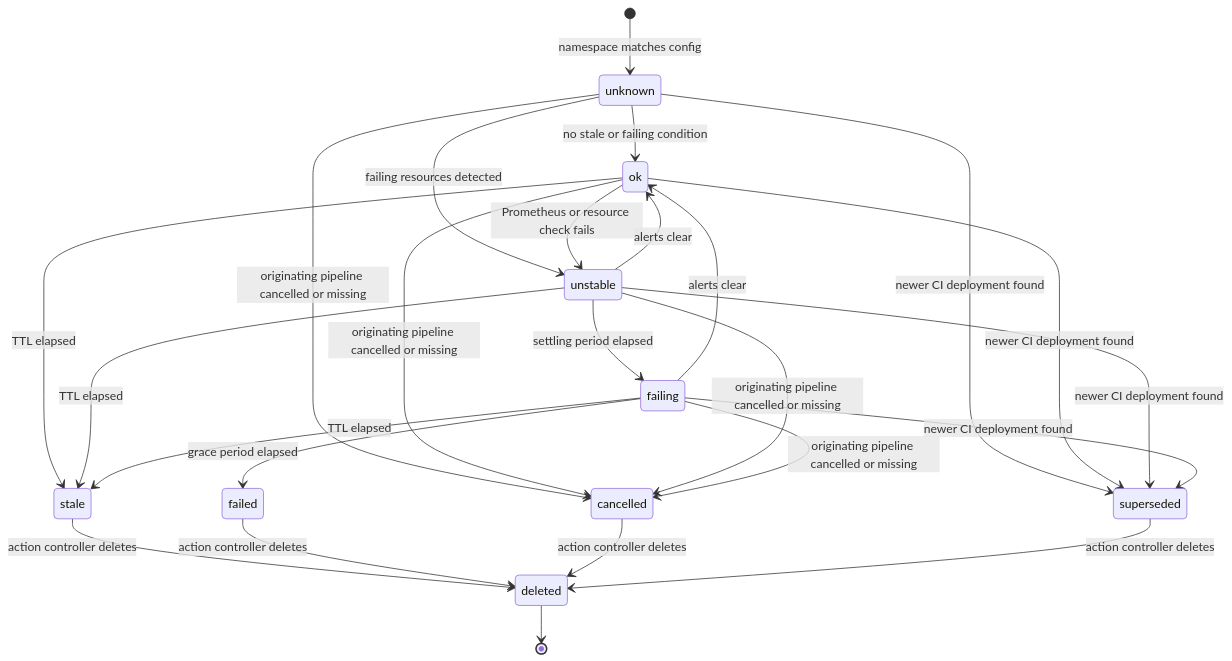
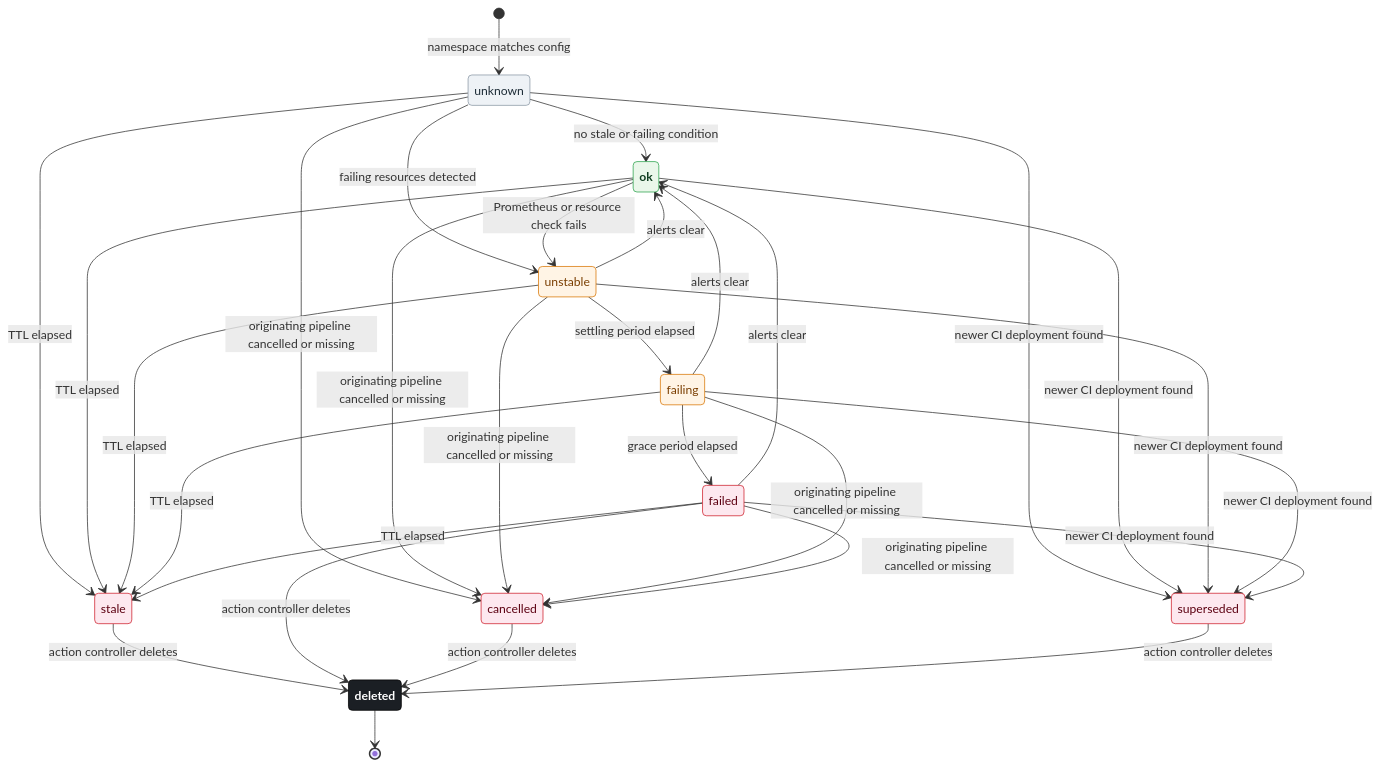
The second of 2 diagrams in README.md (ska-telescope/ska-namespace-manager), drawn with Mermaid before and after one commit. The commit also changed other lines of this file, not shown here.

````diff
--- a/README.md
+++ b/README.md
@@ -73,31 +85,51 @@
 ```mermaid
 stateDiagram-v2
+    direction TB
     [*] --> unknown: namespace matches config
+
     unknown --> ok: no stale or failing condition
     unknown --> unstable: failing resources detected
+    unknown --> stale: TTL elapsed
     unknown --> cancelled: originating pipeline cancelled or missing
     unknown --> superseded: newer CI deployment found
 
     ok --> unstable: Prometheus or resource check fails
     ok --> stale: TTL elapsed
     ok --> cancelled: originating pipeline cancelled or missing
     ok --> superseded: newer CI deployment found
 
     unstable --> ok: alerts clear
     unstable --> failing: settling period elapsed
     unstable --> stale: TTL elapsed
     unstable --> cancelled: originating pipeline cancelled or missing
     unstable --> superseded: newer CI deployment found
 
     failing --> ok: alerts clear
     failing --> failed: grace period elapsed
     failing --> stale: TTL elapsed
     failing --> cancelled: originating pipeline cancelled or missing
     failing --> superseded: newer CI deployment found
 
+    failed --> ok: alerts clear
+    failed --> stale: TTL elapsed
+    failed --> cancelled: originating pipeline cancelled or missing
+    failed --> superseded: newer CI deployment found
+
     stale --> deleted: action controller deletes
     failed --> deleted: action controller deletes
     cancelled --> deleted: action controller deletes
     superseded --> deleted: action controller deletes
     deleted --> [*]
+
+    classDef initial fill:#eef2f6,stroke:#8b98a5,color:#1c2b36;
+    classDef healthy fill:#eaf7ea,stroke:#2da44e,color:#0f3d1f,font-weight:bold;
+    classDef degraded fill:#fff4e5,stroke:#d97706,color:#7a3e00;
+    classDef terminal fill:#fde8ef,stroke:#cf222e,color:#5c0011;
+    classDef removed fill:#1b1f24,stroke:#000000,color:#ffffff,font-weight:bold;
+
+    class unknown initial
+    class ok healthy
+    class unstable,failing degraded
+    class stale,failed,cancelled,superseded terminal
+    class deleted removed
 ```
````
